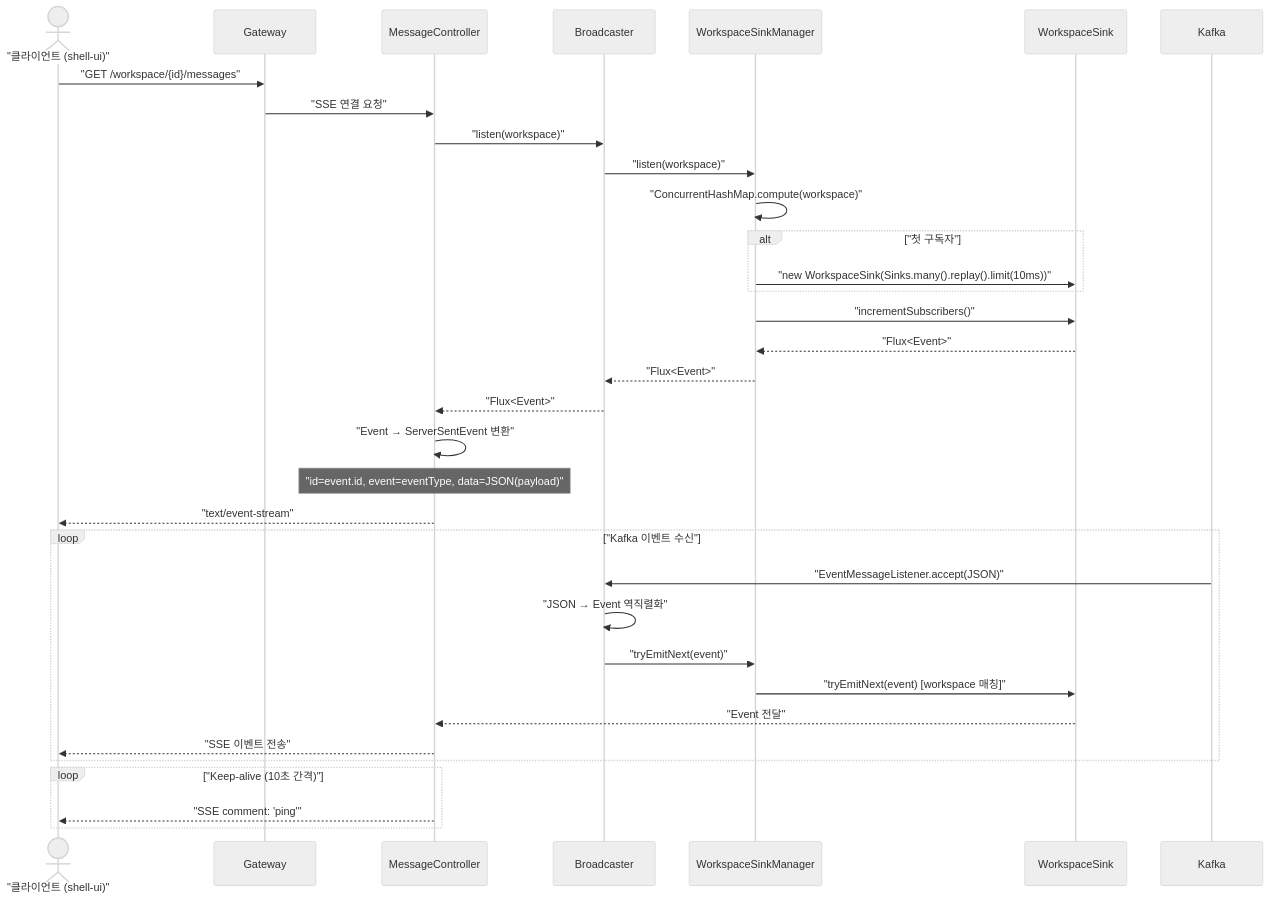
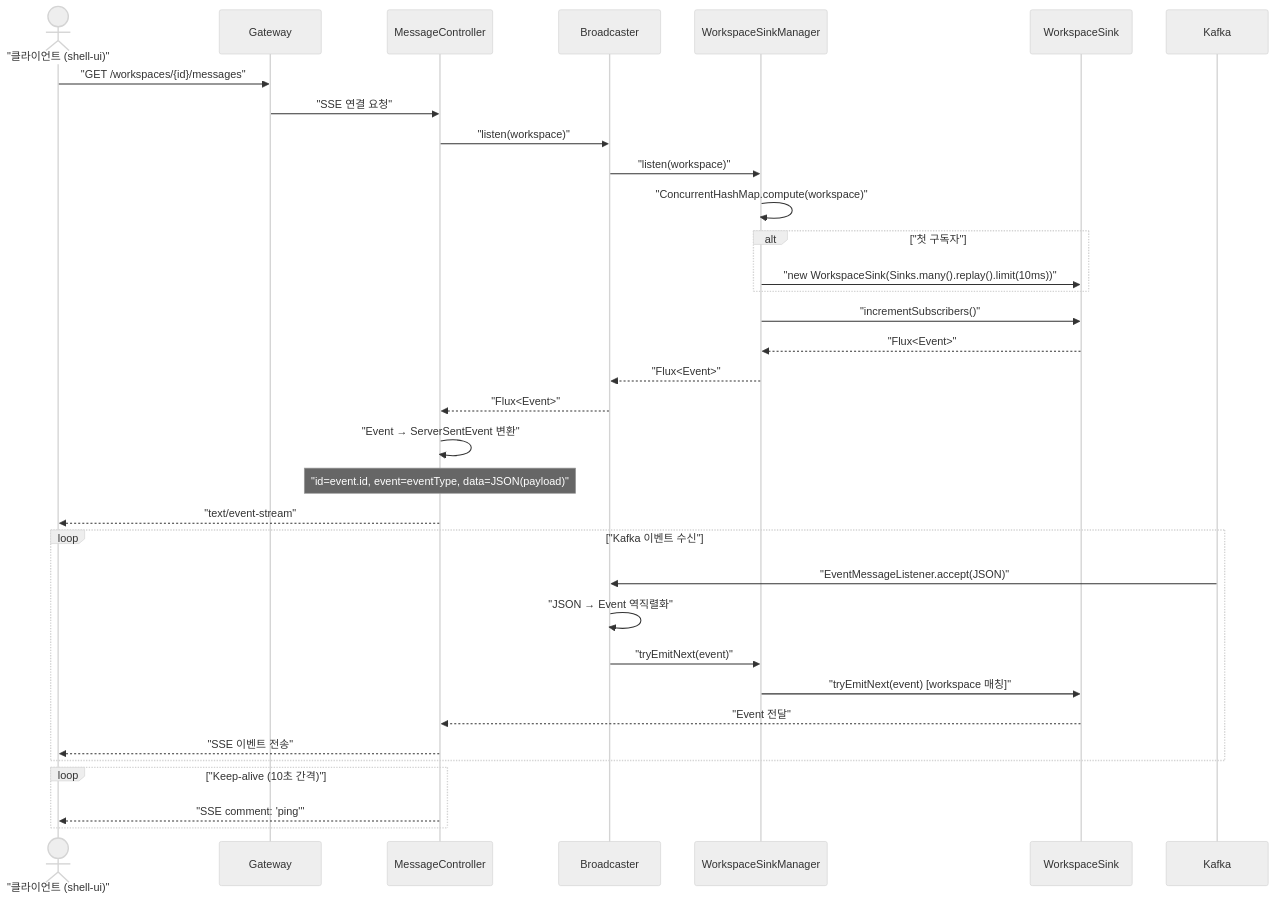
The first of 4 diagrams in event-broadcaster/USECASE.md (sayaya1090/handbook), drawn with Mermaid (neutral theme) before and after one commit. The commit also changed other lines of this file and 58 other files, not shown here.

````diff
--- a/event-broadcaster/USECASE.md
+++ b/event-broadcaster/USECASE.md
@@ -5,39 +5,39 @@
 ```mermaid
 sequenceDiagram
     actor Client as "클라이언트 (shell-ui)"
     participant GW as Gateway
     participant Ctrl as MessageController
     participant BC as Broadcaster
     participant SM as WorkspaceSinkManager
     participant WS as WorkspaceSink
     participant Kafka as Kafka
 
-    Client->>GW: "GET /workspace/{id}/messages"
+    Client->>GW: "GET /workspaces/{id}/messages"
     GW->>Ctrl: "SSE 연결 요청"
     Ctrl->>BC: "listen(workspace)"
     BC->>SM: "listen(workspace)"
     SM->>SM: "ConcurrentHashMap.compute(workspace)"
     alt "첫 구독자"
         SM->>WS: "new WorkspaceSink(Sinks.many().replay().limit(10ms))"
     end
     SM->>WS: "incrementSubscribers()"
     WS-->>SM: "Flux<Event>"
     SM-->>BC: "Flux<Event>"
     BC-->>Ctrl: "Flux<Event>"
     Ctrl->>Ctrl: "Event → ServerSentEvent 변환"
     Note over Ctrl: "id=event.id, event=eventType, data=JSON(payload)"
     Ctrl-->>Client: "text/event-stream"
 
     loop "Kafka 이벤트 수신"
         Kafka->>BC: "EventMessageListener.accept(JSON)"
         BC->>BC: "JSON → Event 역직렬화"
         BC->>SM: "tryEmitNext(event)"
         SM->>WS: "tryEmitNext(event) [workspace 매칭]"
         WS-->>Ctrl: "Event 전달"
         Ctrl-->>Client: "SSE 이벤트 전송"
     end
 
     loop "Keep-alive (10초 간격)"
         Ctrl-->>Client: "SSE comment: 'ping'"
     end
 ```
````
